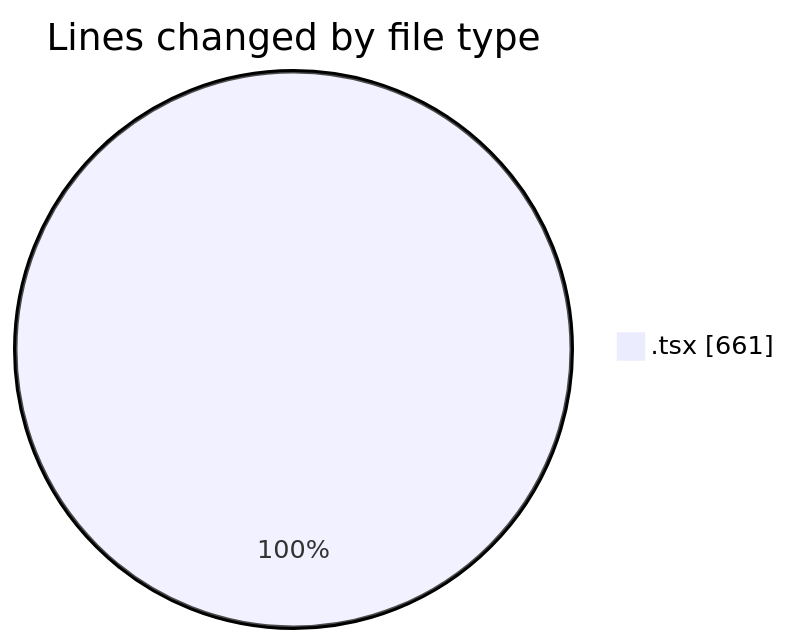
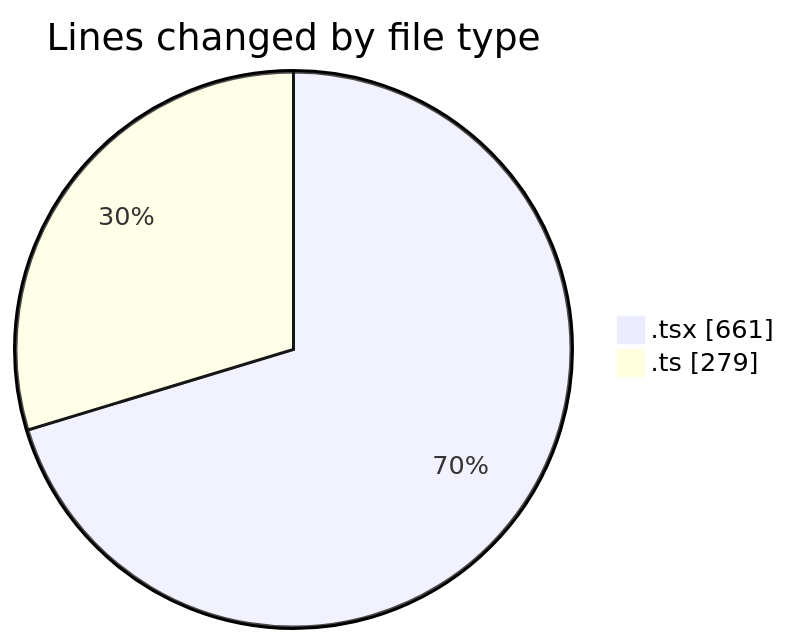
One commit to nxtqubesakshisongat/code-tracking changed the first of 2 diagrams in 2026-04-19/airfeed-analytics-dashboard/README.md. Above: the diagram before and after it, drawn with Mermaid. The commit also changed other lines of this file and 1 other file, not shown here.

````diff
--- a/2026-04-19/airfeed-analytics-dashboard/README.md
+++ b/2026-04-19/airfeed-analytics-dashboard/README.md
@@ -21,5 +23,6 @@
 ```mermaid
 pie showData
 title Lines changed by file type
 ".tsx" : 661
+".ts" : 279
 ```
````
